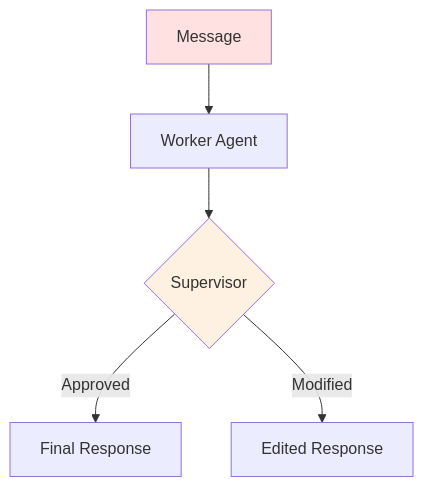
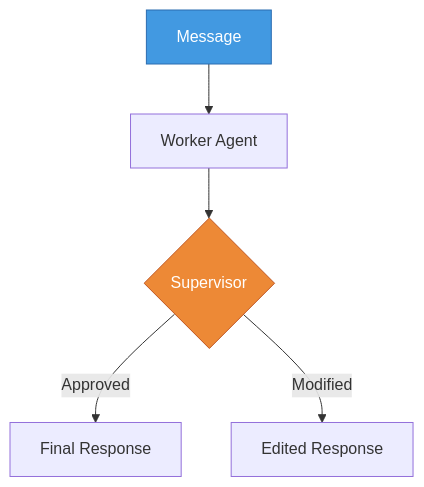
One commit to scarnecchia/numina changed the fourth of 7 diagrams in docs/group-coordination-guide.md. Above: the diagram before and after it, drawn with Mermaid. The commit also changed other lines of this file and 1 other file, not shown here.

Commit message:
diagram fixes

````diff
--- a/docs/group-coordination-guide.md
+++ b/docs/group-coordination-guide.md
@@ -117,9 +117,9 @@
 ```mermaid
 graph TB
     M[Message] --> W[Worker Agent]
     W --> S{Supervisor}
     S -->|Approved| R1[Final Response]
     S -->|Modified| R2[Edited Response]
-    style M fill:#ffe1e1
-    style S fill:#fff1e1
+    style M fill:#4299e1,stroke:#2b6cb0,color:#fff
+    style S fill:#ed8936,stroke:#c05621,color:#fff
 ```
````
